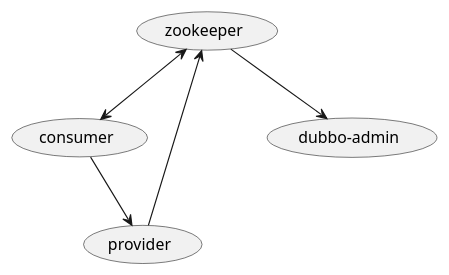
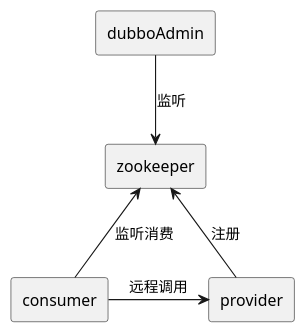
Before and after one commit to zhuliangcai/uml: the diagram in dubbo/dubbo.puml, drawn with PlantUML.

```diff
--- a/dubbo/dubbo.puml
+++ b/dubbo/dubbo.puml
@@ -1,14 +1,20 @@
 @startuml
 
 
-(zookeeper) <--> (consumer)
+rectangle consumer
+rectangle provider
+rectangle zookeeper
+rectangle dubboAdmin
 
-(zookeeper) <-- (provider)
+consumer -up-> zookeeper :监听消费
+provider -up-> zookeeper :注册
 
-(zookeeper) --> (dubbo-admin)
+consumer -> provider :远程调用
 
-(consumer) --> (provider)
+dubboAdmin -do-> zookeeper :监听
+
+
 
 
 
 @enduml
```
